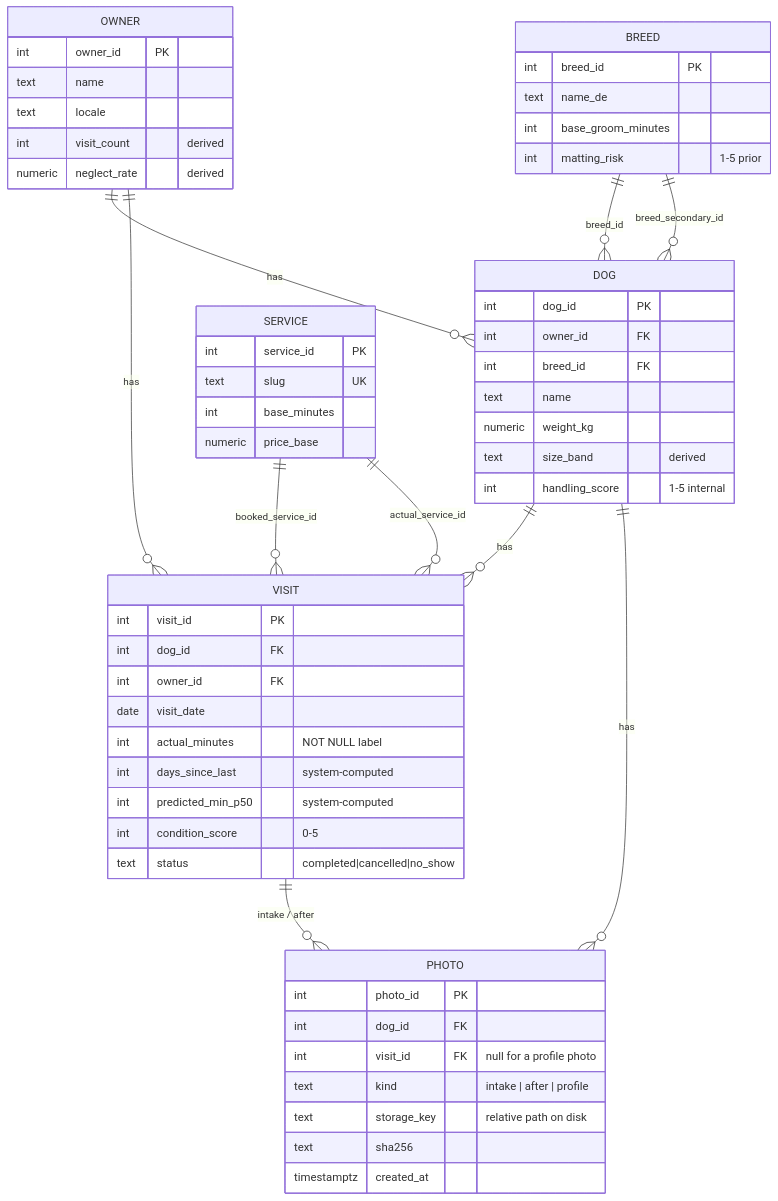
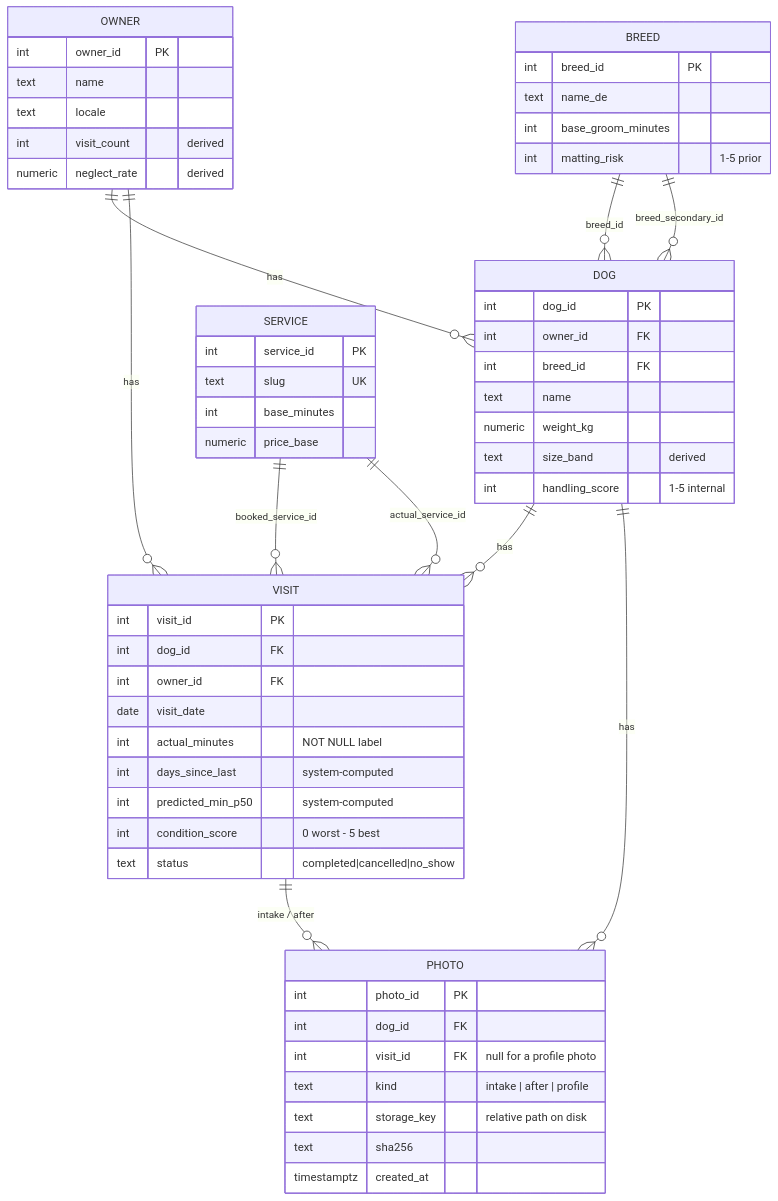
Before and after one commit to BOYSABIO/muttmetrics: the diagram in docs/architecture/schema.md, drawn with Mermaid. The commit also changed other lines of this file and 15 other files, not shown here.

````diff
--- a/docs/architecture/schema.md
+++ b/docs/architecture/schema.md
@@ -9,66 +9,66 @@
 ```mermaid
 erDiagram
     OWNER ||--o{ DOG : "has"
     DOG ||--o{ VISIT : "has"
     OWNER ||--o{ VISIT : "has"
     BREED ||--o{ DOG : "breed_id"
     BREED ||--o{ DOG : "breed_secondary_id"
     SERVICE ||--o{ VISIT : "booked_service_id"
     SERVICE ||--o{ VISIT : "actual_service_id"
     DOG ||--o{ PHOTO : "has"
     VISIT ||--o{ PHOTO : "intake / after"
 
     OWNER {
         int owner_id PK
         text name
         text locale
         int visit_count "derived"
         numeric neglect_rate "derived"
     }
 
     DOG {
         int dog_id PK
         int owner_id FK
         int breed_id FK
         text name
         numeric weight_kg
         text size_band "derived"
         int handling_score "1-5 internal"
     }
 
     VISIT {
         int visit_id PK
         int dog_id FK
         int owner_id FK
         date visit_date
         int actual_minutes "NOT NULL label"
         int days_since_last "system-computed"
         int predicted_min_p50 "system-computed"
-        int condition_score "0-5"
+        int condition_score "0 worst - 5 best"
         text status "completed|cancelled|no_show"
     }
 
     BREED {
         int breed_id PK
         text name_de
         int base_groom_minutes
         int matting_risk "1-5 prior"
     }
 
     SERVICE {
         int service_id PK
         text slug UK
         int base_minutes
         numeric price_base
     }
 
     PHOTO {
         int photo_id PK
         int dog_id FK
         int visit_id FK "null for a profile photo"
         text kind "intake | after | profile"
         text storage_key "relative path on disk"
         text sha256
         timestamptz created_at
     }
 ```
````
